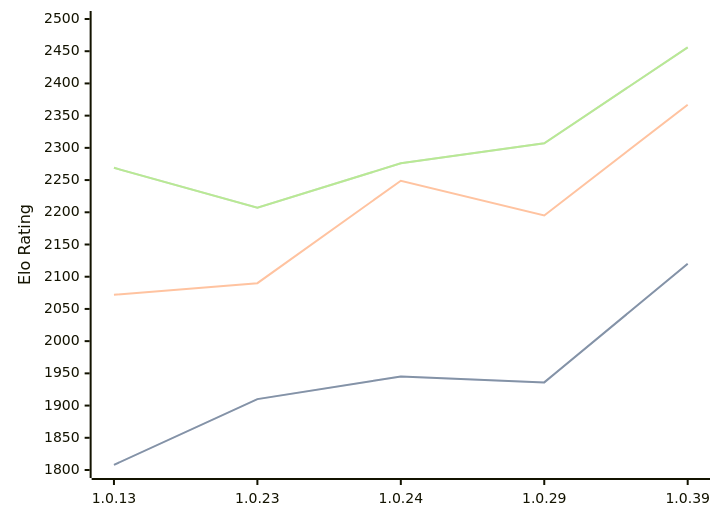
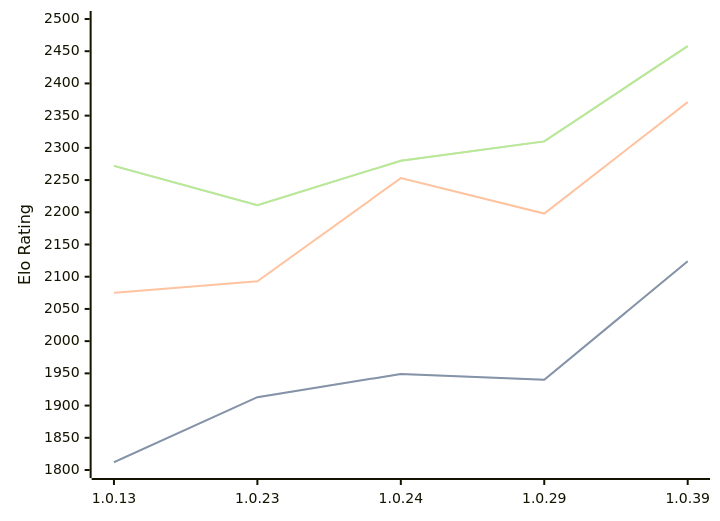
One commit to computer-chess-index/cci changed the diagram in engines/RustyRival.md. Above: the diagram before and after it, drawn with Mermaid. The commit also changed other lines of this file, not shown here.

Commit message:
Update CCI Ratings (ELO VLTC) - 2026-04-30

````diff
--- a/engines/RustyRival.md
+++ b/engines/RustyRival.md
@@ -68,11 +68,11 @@
 ```mermaid
 %%{init: {"theme":"base","themeVariables":{"seriesColors:['#a3a3a3','#222221','#faa371']}}}%%
 xychart-beta
   x-axis ["1.0.13", "1.0.23", "1.0.24", "1.0.29", "1.0.39"]
   y-axis "Elo Rating" 1800 --> 2500
-  line "STC (8.0+0.08s)" [1808, 1910, 1945, 1936, 2120]
-  line "STC (8.0+0.08s)" [1808, 1910, 1945, 1936, 2120]
-  line "LTC (60.0+0.60s)" [2072, 2090, 2249, 2195, 2367]
-  line "VLTC (2m24s+1.12s)" [2269, 2207, 2276, 2307, 2456]
-  line "VLTC (2m24s+1.12s)" [2269, 2207, 2276, 2307, 2456]
+  line "STC (8.0+0.08s)" [1812, 1913, 1949, 1940, 2124]
+  line "STC (8.0+0.08s)" [1812, 1913, 1949, 1940, 2124]
+  line "LTC (60.0+0.60s)" [2075, 2093, 2253, 2198, 2371]
+  line "VLTC (2m24s+1.12s)" [2272, 2211, 2280, 2310, 2458]
+  line "VLTC (2m24s+1.12s)" [2272, 2211, 2280, 2310, 2458]
 ```
````
